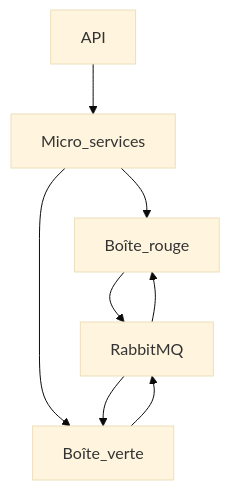
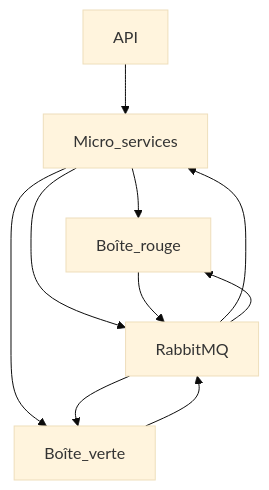
One commit to palimagus/devops_tp_ynov changed the diagram in tp1.md. Above: the diagram before and after it, drawn with Mermaid (base theme).

Commit message:
Changed structure

````diff
--- a/tp1.md
+++ b/tp1.md
@@ -11,10 +11,12 @@
 ```mermaid
 graph TD;
     API-->Micro_services;
     Micro_services-->Boîte_rouge;
     Micro_services-->Boîte_verte;
+    Micro_services-->RabbitMQ;
     Boîte_rouge-->RabbitMQ;
     Boîte_verte-->RabbitMQ;
+    RabbitMQ-->Micro_services;
     RabbitMQ-->Boîte_rouge;
     RabbitMQ-->Boîte_verte;
 ```
````
